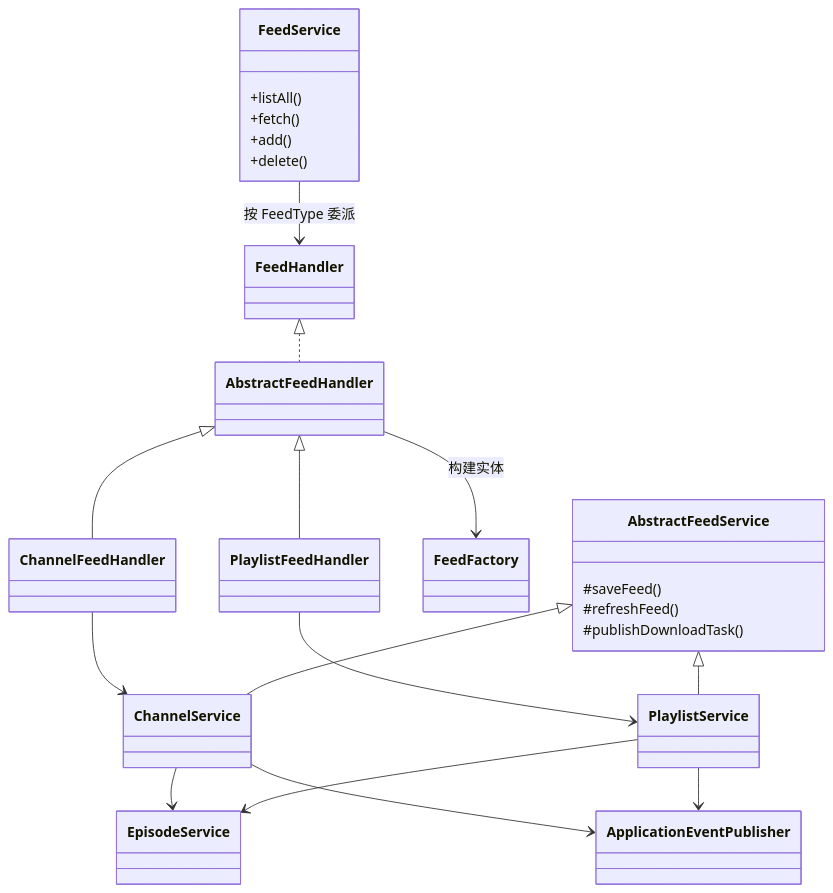
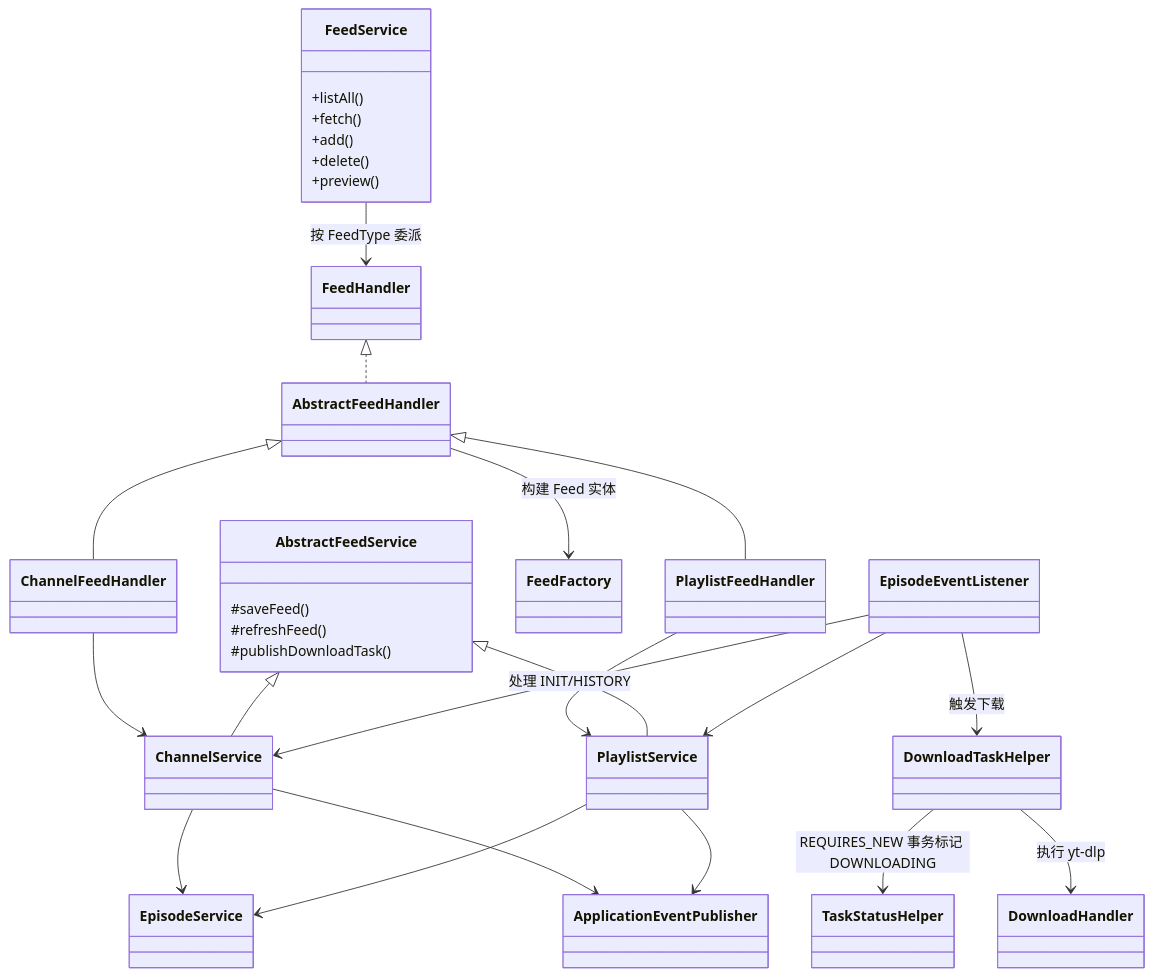
One commit to aizhimou/pigeon-pod changed the diagram in documents/architecture/architecture-design-zh.md. Above: the diagram before and after it, drawn with Mermaid. The commit also changed other lines of this file and 20 other files, not shown here.

````diff
--- a/documents/architecture/architecture-design-zh.md
+++ b/documents/architecture/architecture-design-zh.md
@@ -36,39 +69,51 @@
 ```mermaid
 classDiagram
     class FeedService {
         +listAll()
         +fetch()
         +add()
         +delete()
+        +preview()
     }
     class FeedHandler
     class AbstractFeedHandler
     class ChannelFeedHandler
     class PlaylistFeedHandler
     class FeedFactory
 
     FeedService --> FeedHandler : 按 FeedType 委派
     FeedHandler <|.. AbstractFeedHandler
     AbstractFeedHandler <|-- ChannelFeedHandler
     AbstractFeedHandler <|-- PlaylistFeedHandler
-    AbstractFeedHandler --> FeedFactory : 构建实体
+    AbstractFeedHandler --> FeedFactory : 构建 Feed 实体
     ChannelFeedHandler --> ChannelService
     PlaylistFeedHandler --> PlaylistService
 
     class AbstractFeedService {
         #saveFeed()
         #refreshFeed()
         #publishDownloadTask()
     }
     class ChannelService
     class PlaylistService
     class EpisodeService
     class ApplicationEventPublisher
 
     AbstractFeedService <|-- ChannelService
     AbstractFeedService <|-- PlaylistService
     ChannelService --> EpisodeService
     PlaylistService --> EpisodeService
     ChannelService --> ApplicationEventPublisher
     PlaylistService --> ApplicationEventPublisher
+
+    class EpisodeEventListener
+    class DownloadTaskHelper
+    class TaskStatusHelper
+    class DownloadHandler
+
+    EpisodeEventListener --> DownloadTaskHelper : 触发下载
+    DownloadTaskHelper --> TaskStatusHelper : REQUIRES_NEW 事务标记 DOWNLOADING
+    DownloadTaskHelper --> DownloadHandler : 执行 yt-dlp
+    EpisodeEventListener --> ChannelService : 处理 INIT/HISTORY
+    EpisodeEventListener --> PlaylistService
 ```
````
